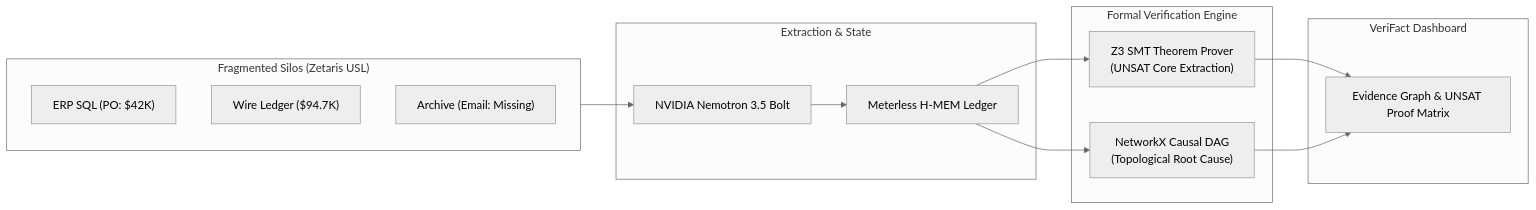
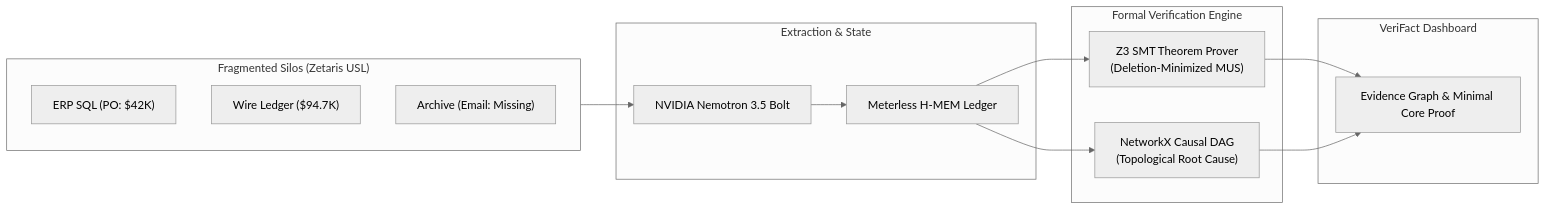
Before and after one commit to AmanM006/verifact: the diagram in README.md, drawn with Mermaid (neutral theme). The commit also changed other lines of this file and 4 other files, not shown here.

Commit message:
fix: replace hardcoded SMT with generic rule library, deletion-minimized core, and remove synthetic benchmark

````diff
--- a/README.md
+++ b/README.md
@@ -32,24 +37,24 @@
 ```mermaid
 flowchart LR
     subgraph Silos ["Fragmented Silos (Zetaris USL)"]
         S1["ERP SQL (PO: $42K)"]
         S2["Wire Ledger ($94.7K)"]
         S3["Archive (Email: Missing)"]
     end
 
     subgraph Extraction ["Extraction & State"]
         NEM["NVIDIA Nemotron 3.5 Bolt"]
         HMEM["Meterless H-MEM Ledger"]
     end
 
     subgraph FormalSolver ["Formal Verification Engine"]
-        Z3["Z3 SMT Theorem Prover\n(UNSAT Core Extraction)"]
+        Z3["Z3 SMT Theorem Prover\n(Deletion-Minimized MUS)"]
         DAG["NetworkX Causal DAG\n(Topological Root Cause)"]
     end
 
     subgraph Dashboard ["VeriFact Dashboard"]
-        UI["Evidence Graph & UNSAT Proof Matrix"]
+        UI["Evidence Graph & Minimal Core Proof"]
     end
 
     Silos --> NEM --> HMEM --> Z3 & DAG --> UI
 ```
````
